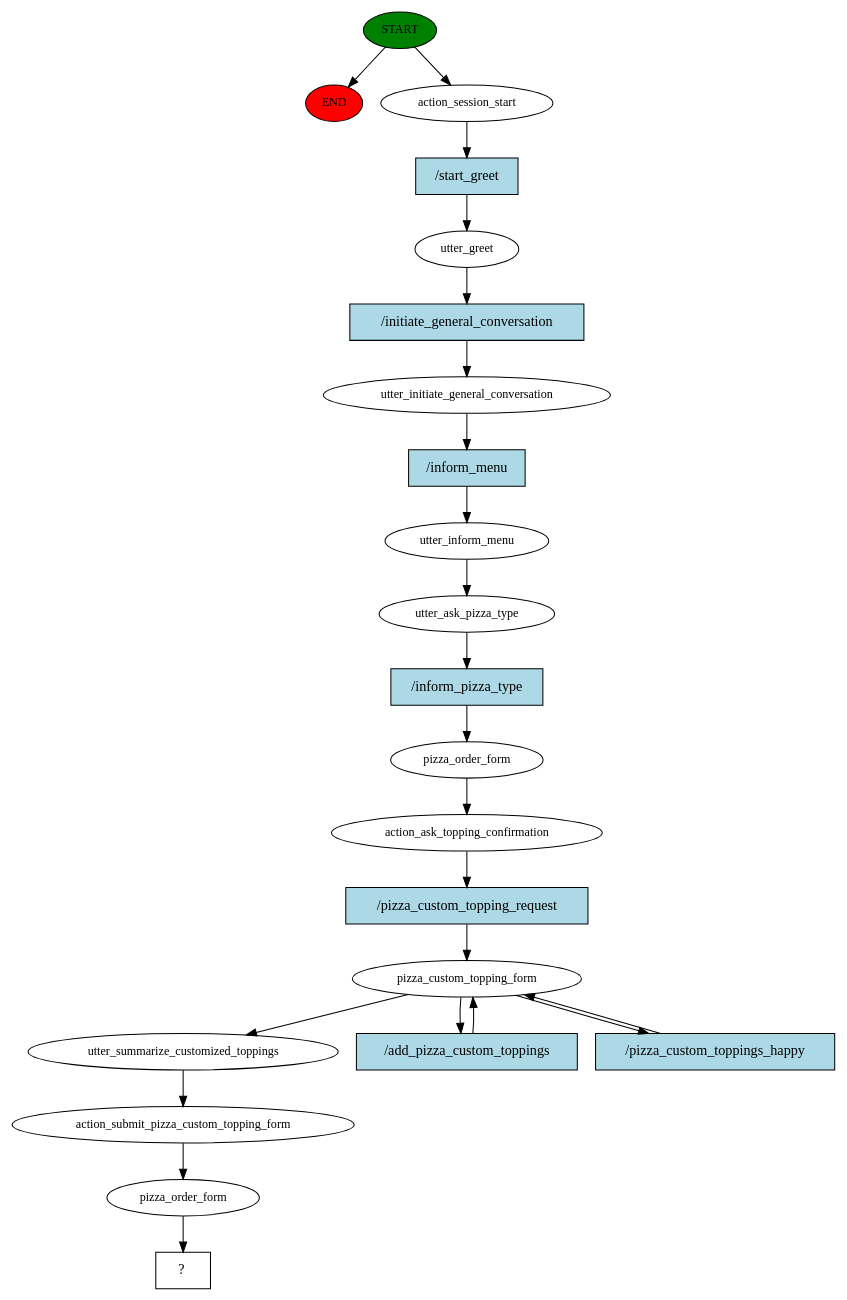
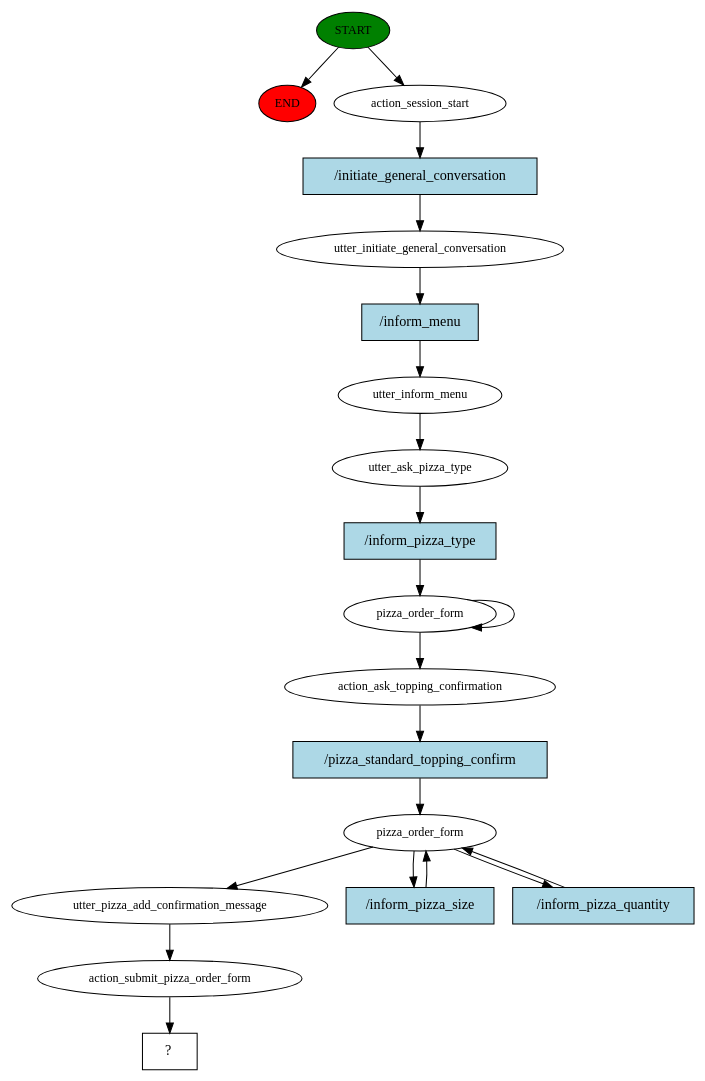
The diagram in story_graph.dot (HiraAfzal9978/HMD-PizzaBot), drawn with Graphviz before and after one commit. The commit also changed 4 other files, not shown here.

Commit message:
Feat: finished pizza_order_form for single order.

```diff
--- a/story_graph.dot
+++ b/story_graph.dot
@@ -1,45 +1,40 @@
 digraph  {
 0 [class="start active", fillcolor=green, fontsize=12, label=START, style=filled];
 "-1" [class=end, fillcolor=red, fontsize=12, label=END, style=filled];
 1 [class=active, fontsize=12, label=action_session_start];
-2 [class=active, fontsize=12, label=utter_greet];
-3 [class=active, fontsize=12, label=utter_initiate_general_conversation];
-4 [class=active, fontsize=12, label=utter_inform_menu];
-5 [class=active, fontsize=12, label=utter_ask_pizza_type];
-6 [class=active, fontsize=12, label=pizza_order_form];
+2 [class=active, fontsize=12, label=utter_initiate_general_conversation];
+3 [class=active, fontsize=12, label=utter_inform_menu];
+4 [class=active, fontsize=12, label=utter_ask_pizza_type];
+5 [class=active, fontsize=12, label=pizza_order_form];
 7 [class=active, fontsize=12, label=action_ask_topping_confirmation];
-8 [class=active, fontsize=12, label=pizza_custom_topping_form];
-11 [class=active, fontsize=12, label=utter_summarize_customized_toppings];
-12 [class=active, fontsize=12, label=action_submit_pizza_custom_topping_form];
-13 [class=active, fontsize=12, label=pizza_order_form];
-14 [class="intent dashed active", label="  ?  ", shape=rect];
-15 [class="intent active", fillcolor=lightblue, label="/start_greet", shape=rect, style=filled];
-16 [class="intent active", fillcolor=lightblue, label="/initiate_general_conversation", shape=rect, style=filled];
-17 [class="intent active", fillcolor=lightblue, label="/inform_menu", shape=rect, style=filled];
-18 [class="intent active", fillcolor=lightblue, label="/inform_pizza_type", shape=rect, style=filled];
-19 [class="intent active", fillcolor=lightblue, label="/pizza_custom_topping_request", shape=rect, style=filled];
-20 [class="intent active", fillcolor=lightblue, label="/add_pizza_custom_toppings", shape=rect, style=filled];
-21 [class="intent active", fillcolor=lightblue, label="/pizza_custom_toppings_happy", shape=rect, style=filled];
+8 [class=active, fontsize=12, label=pizza_order_form];
+11 [class=active, fontsize=12, label=utter_pizza_add_confirmation_message];
+12 [class=active, fontsize=12, label=action_submit_pizza_order_form];
+13 [class="intent dashed active", label="  ?  ", shape=rect];
+14 [class="intent active", fillcolor=lightblue, label="/initiate_general_conversation", shape=rect, style=filled];
+15 [class="intent active", fillcolor=lightblue, label="/inform_menu", shape=rect, style=filled];
+16 [class="intent active", fillcolor=lightblue, label="/inform_pizza_type", shape=rect, style=filled];
+17 [class="intent active", fillcolor=lightblue, label="/pizza_standard_topping_confirm", shape=rect, style=filled];
+18 [class="intent active", fillcolor=lightblue, label="/inform_pizza_size", shape=rect, style=filled];
+19 [class="intent active", fillcolor=lightblue, label="/inform_pizza_quantity", shape=rect, style=filled];
 0 -> "-1"  [class="", key=NONE, label=""];
 0 -> 1  [class=active, key=NONE, label=""];
-1 -> 15  [class=active, key=0];
-2 -> 16  [class=active, key=0];
-3 -> 17  [class=active, key=0];
-4 -> 5  [class=active, key=NONE, label=""];
-5 -> 18  [class=active, key=0];
-6 -> 7  [class=active, key=NONE, label=""];
-7 -> 19  [class=active, key=0];
+1 -> 14  [class=active, key=0];
+2 -> 15  [class=active, key=0];
+3 -> 4  [class=active, key=NONE, label=""];
+4 -> 16  [class=active, key=0];
+5 -> 7  [class=active, key=NONE, label=""];
+5 -> 5  [class=active, key=NONE, label=""];
+7 -> 17  [class=active, key=0];
 8 -> 11  [class=active, key=NONE, label=""];
-8 -> 20  [class=active, key=0];
-8 -> 21  [class=active, key=0];
+8 -> 18  [class=active, key=0];
+8 -> 19  [class=active, key=0];
 11 -> 12  [class=active, key=NONE, label=""];
 12 -> 13  [class=active, key=NONE, label=""];
-13 -> 14  [class=active, key=NONE, label=""];
-15 -> 2  [class=active, key=0];
-16 -> 3  [class=active, key=0];
-17 -> 4  [class=active, key=0];
-18 -> 6  [class=active, key=0];
+14 -> 2  [class=active, key=0];
+15 -> 3  [class=active, key=0];
+16 -> 5  [class=active, key=0];
+17 -> 8  [class=active, key=0];
+18 -> 8  [class=active, key=0];
 19 -> 8  [class=active, key=0];
-20 -> 8  [class=active, key=0];
-21 -> 8  [class=active, key=0];
 }
```
